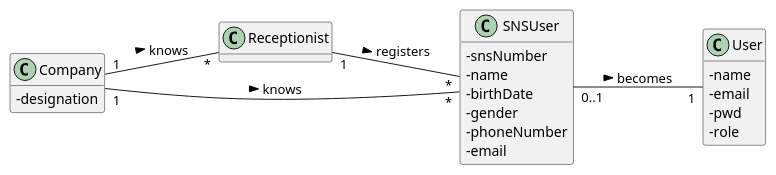
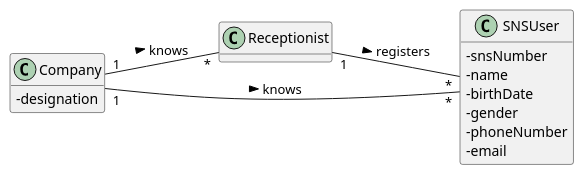
One commit to miseEnPlace-i/lapr2 changed the diagram in docs/SprintB/US03/DM/US03_DM.puml. Above: the diagram before and after it, drawn with PlantUML. The commit also changed 6 other files, not shown here.

Commit message:
docs(US03): updates to the diagrams & documentation regarding about what was talked about in the meeting

```diff
--- a/docs/SprintB/US03/DM/US03_DM.puml
+++ b/docs/SprintB/US03/DM/US03_DM.puml
@@ -1,33 +1,33 @@
 @startuml Domain Model
 hide methods
 left to right direction
 skinparam classAttributeIconSize 0
 
 class Receptionist { }
 
 class SNSUser {
   - snsNumber
   - name
   - birthDate
   - gender
   - phoneNumber
   - email
 }
 
 class Company {
   - designation
 }
 
-class User {
-  - name
-  - email
-  - pwd
-  - role
-}
+' class User {
+'   - name
+'   - email
+'   - pwd
+'   - role
+' }
 
 Receptionist "1" -- "*" SNSUser : registers >
 Company "1" -- "*" Receptionist : knows >
 Company "1" -- "*" SNSUser : knows >
-SNSUser "0..1" -- "1" User : becomes >
+' SNSUser "0..1" -- "1" User : becomes >
 
 @enduml
```
